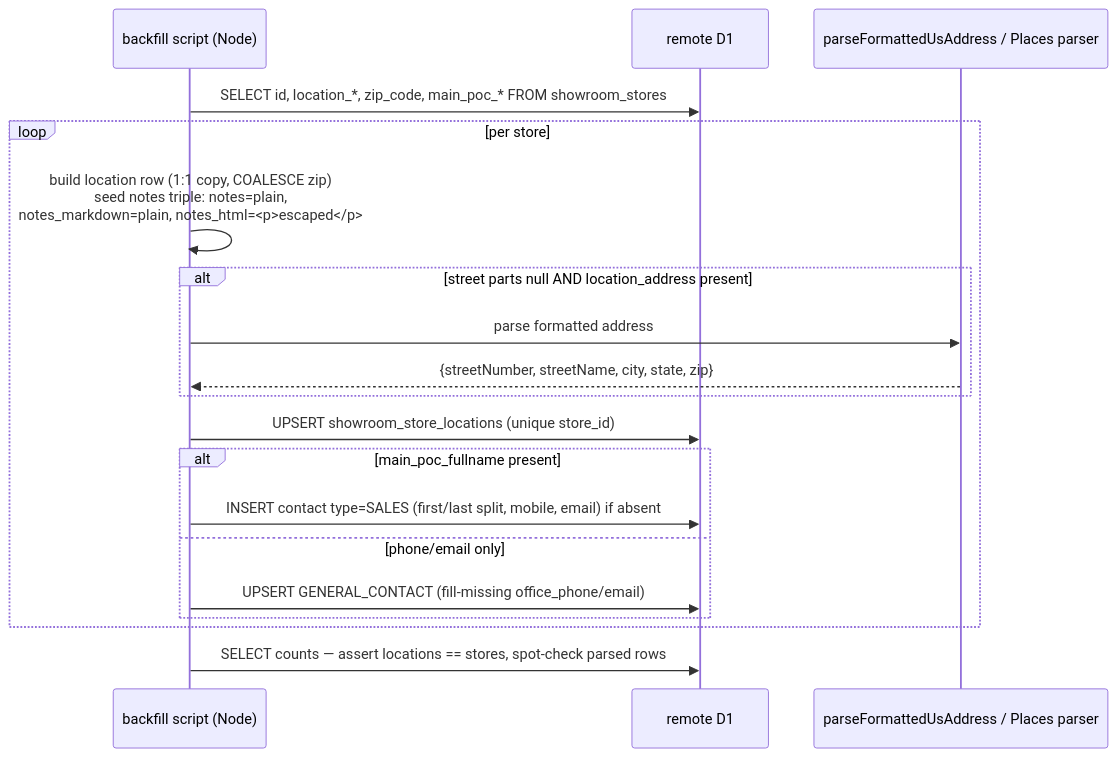
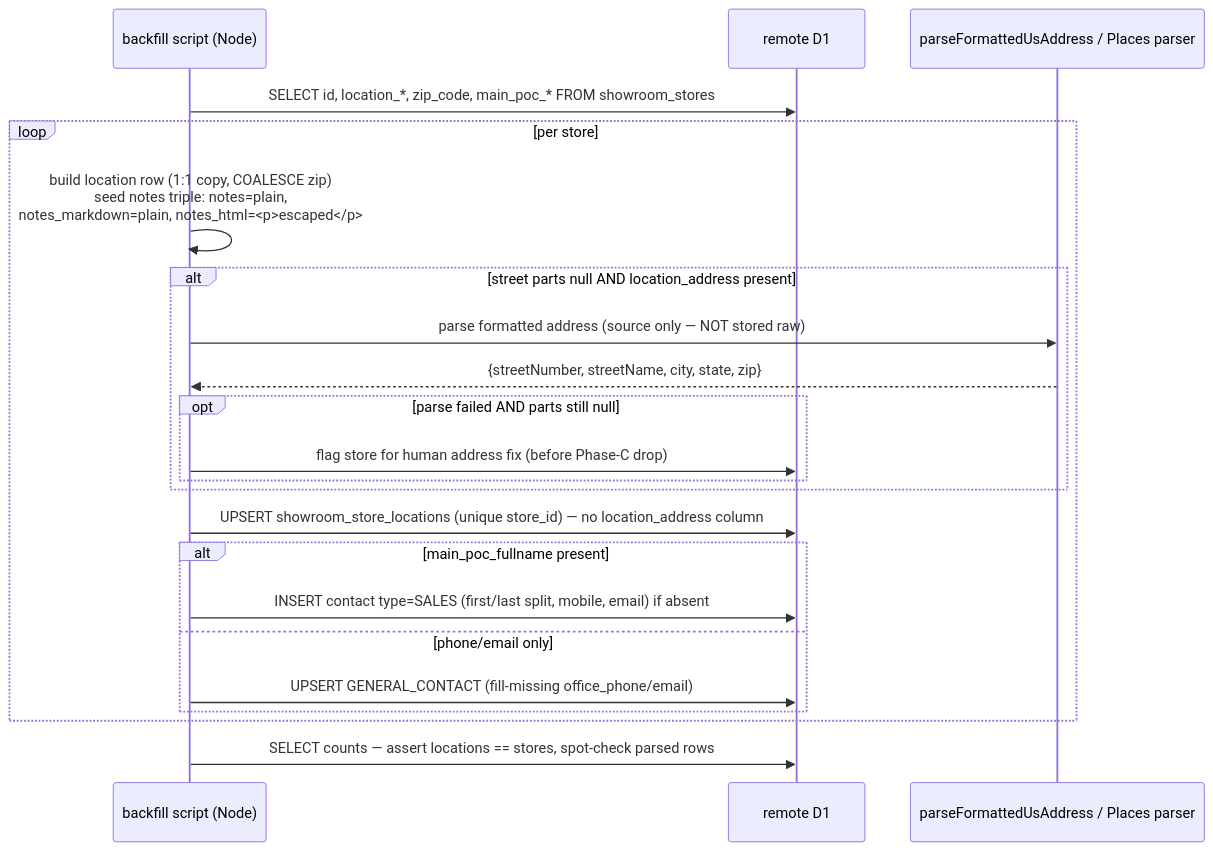
The fifth of 6 diagrams in docs/0031_showroom_stores_location_refactor/IMPLEMENTATION_PLAN.md (jmbish04/core-remodel), drawn with Mermaid before and after one commit. The commit also changed other lines of this file and 2 other files, not shown here.

First line of the commit message:
docs(0031): location_address parse-only (never stored) + dynamic distance

````diff
--- a/docs/0031_showroom_stores_location_refactor/IMPLEMENTATION_PLAN.md
+++ b/docs/0031_showroom_stores_location_refactor/IMPLEMENTATION_PLAN.md
@@ -253,21 +265,24 @@
 ```mermaid
 sequenceDiagram
     participant S as backfill script (Node)
     participant D as remote D1
     participant P as parseFormattedUsAddress / Places parser
     S->>D: SELECT id, location_*, zip_code, main_poc_* FROM showroom_stores
     loop per store
         S->>S: build location row (1:1 copy, COALESCE zip)<br/>seed notes triple: notes=plain,<br/>notes_markdown=plain, notes_html=<p>escaped</p>
         alt street parts null AND location_address present
-            S->>P: parse formatted address
+            S->>P: parse formatted address (source only — NOT stored raw)
             P-->>S: {streetNumber, streetName, city, state, zip}
+            opt parse failed AND parts still null
+                S->>D: flag store for human address fix (before Phase-C drop)
+            end
         end
-        S->>D: UPSERT showroom_store_locations (unique store_id)
+        S->>D: UPSERT showroom_store_locations (unique store_id) — no location_address column
         alt main_poc_fullname present
             S->>D: INSERT contact type=SALES (first/last split, mobile, email) if absent
         else phone/email only
             S->>D: UPSERT GENERAL_CONTACT (fill-missing office_phone/email)
         end
     end
     S->>D: SELECT counts — assert locations == stores, spot-check parsed rows
 ```
````
